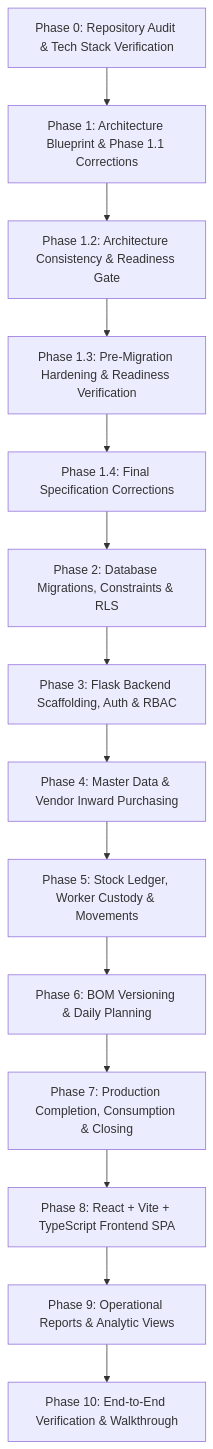
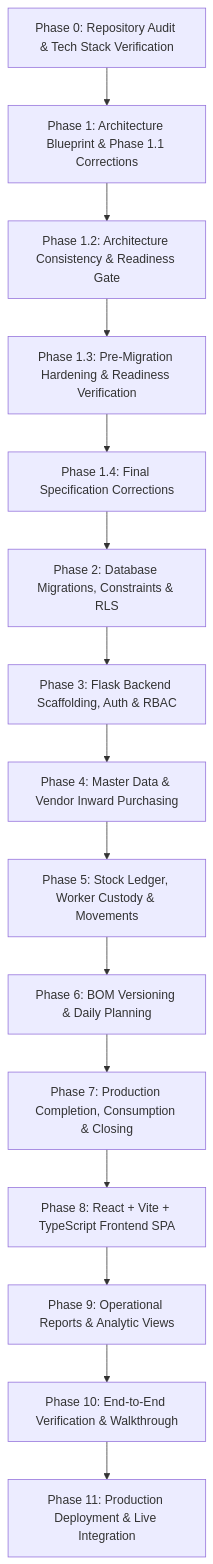
One commit to RajeshJadoun/ERP-Packing changed the diagram in docs/IMPLEMENTATION_PLAN.md. Above: the diagram before and after it, drawn with Mermaid. The commit also changed other lines of this file and 13 other files, not shown here.

First line of the commit message:
feat(phase-11): add production deployment readiness

````diff
--- a/docs/IMPLEMENTATION_PLAN.md
+++ b/docs/IMPLEMENTATION_PLAN.md
@@ -23,16 +23,17 @@
 ```mermaid
 graph TD
     P0[Phase 0: Repository Audit & Tech Stack Verification] --> P1[Phase 1: Architecture Blueprint & Phase 1.1 Corrections]
     P1 --> P1_2[Phase 1.2: Architecture Consistency & Readiness Gate]
     P1_2 --> P1_3[Phase 1.3: Pre-Migration Hardening & Readiness Verification]
     P1_3 --> P1_4[Phase 1.4: Final Specification Corrections]
     P1_4 --> P2[Phase 2: Database Migrations, Constraints & RLS]
     P2 --> P3[Phase 3: Flask Backend Scaffolding, Auth & RBAC]
     P3 --> P4[Phase 4: Master Data & Vendor Inward Purchasing]
     P4 --> P5[Phase 5: Stock Ledger, Worker Custody & Movements]
     P5 --> P6[Phase 6: BOM Versioning & Daily Planning]
     P6 --> P7[Phase 7: Production Completion, Consumption & Closing]
     P7 --> P8[Phase 8: React + Vite + TypeScript Frontend SPA]
     P8 --> P9[Phase 9: Operational Reports & Analytic Views]
     P9 --> P10[Phase 10: End-to-End Verification & Walkthrough]
+    P10 --> P11[Phase 11: Production Deployment & Live Integration]
 ```
````
